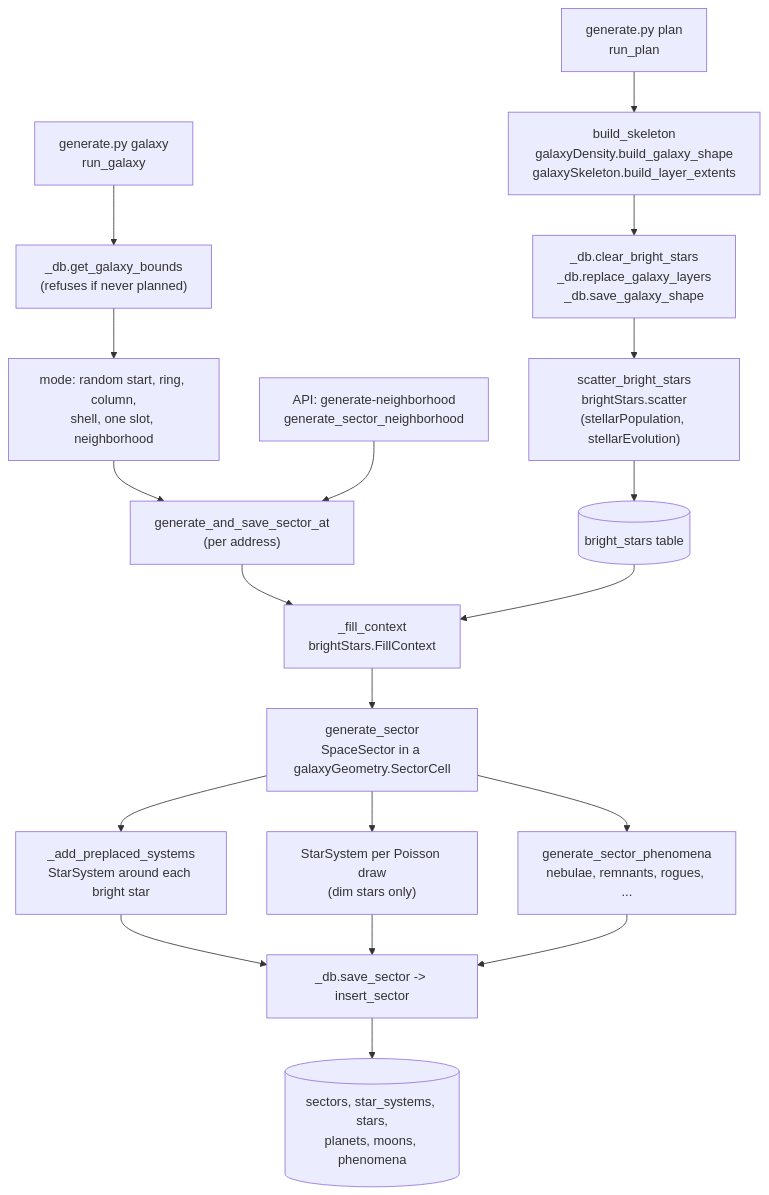
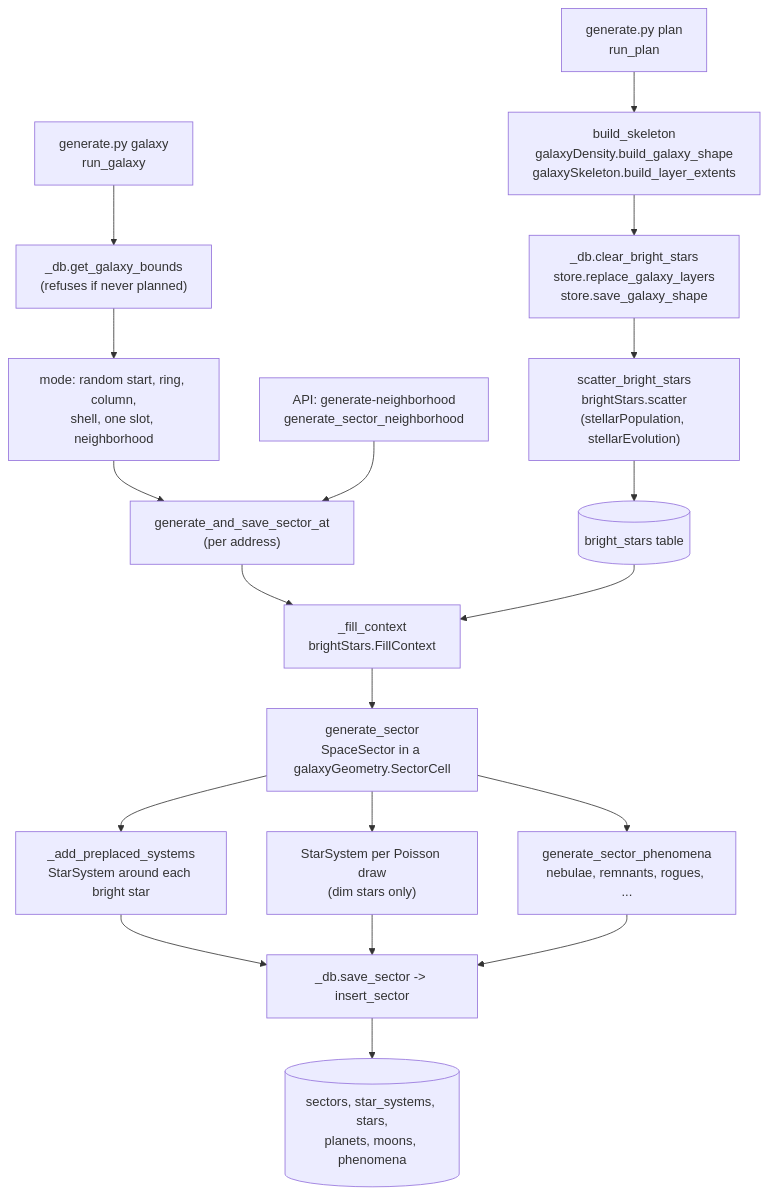
The second of 8 diagrams in docs/design/architecture.md (dwhagar/planetGen), drawn with Mermaid before and after one commit. The commit also changed other lines of this file and 225 other files, not shown here.

````diff
--- a/docs/design/architecture.md
+++ b/docs/design/architecture.md
@@ -392,22 +392,22 @@
 ```mermaid
 flowchart TD
     Plan["generate.py plan<br/>run_plan"] --> Skel["build_skeleton<br/>galaxyDensity.build_galaxy_shape<br/>galaxySkeleton.build_layer_extents"]
-    Skel --> SaveSkel["_db.clear_bright_stars<br/>_db.replace_galaxy_layers<br/>_db.save_galaxy_shape"]
+    Skel --> SaveSkel["_db.clear_bright_stars<br/>store.replace_galaxy_layers<br/>store.save_galaxy_shape"]
     SaveSkel --> Scatter["scatter_bright_stars<br/>brightStars.scatter<br/>(stellarPopulation, stellarEvolution)"]
     Scatter --> BS[("bright_stars table")]
 
     Galaxy["generate.py galaxy<br/>run_galaxy"] --> Bounds["_db.get_galaxy_bounds<br/>(refuses if never planned)"]
     Bounds --> Mode["mode: random start, ring, column,<br/>shell, one slot, neighborhood"]
     Mode --> At["generate_and_save_sector_at<br/>(per address)"]
     OnDemand["API: generate-neighborhood<br/>generate_sector_neighborhood"] --> At
     At --> Fill["_fill_context<br/>brightStars.FillContext"]
     BS --> Fill
     Fill --> GenSec["generate_sector<br/>SpaceSector in a galaxyGeometry.SectorCell"]
     GenSec --> Pre["_add_preplaced_systems<br/>StarSystem around each bright star"]
     GenSec --> Dim["StarSystem per Poisson draw<br/>(dim stars only)"]
     GenSec --> Phen["generate_sector_phenomena<br/>nebulae, remnants, rogues, ..."]
     Pre --> Save["_db.save_sector -> insert_sector"]
     Dim --> Save
     Phen --> Save
     Save --> DB[("sectors, star_systems, stars,<br/>planets, moons, phenomena")]
 ```
````
